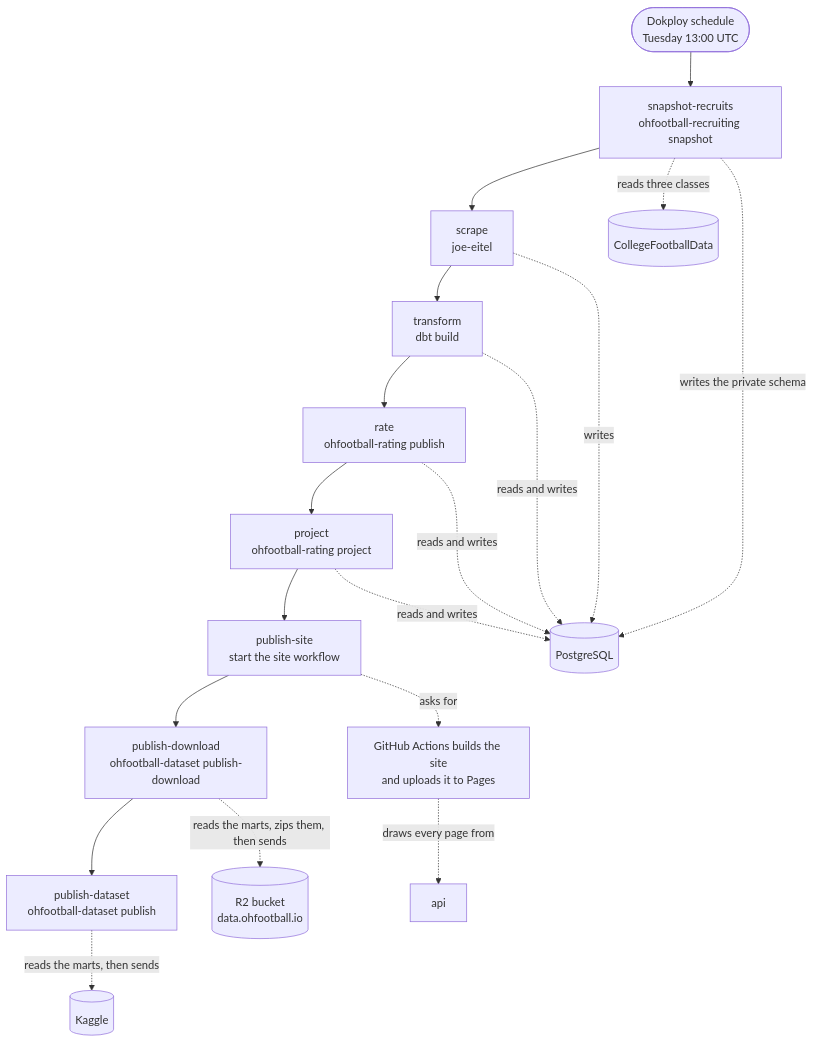
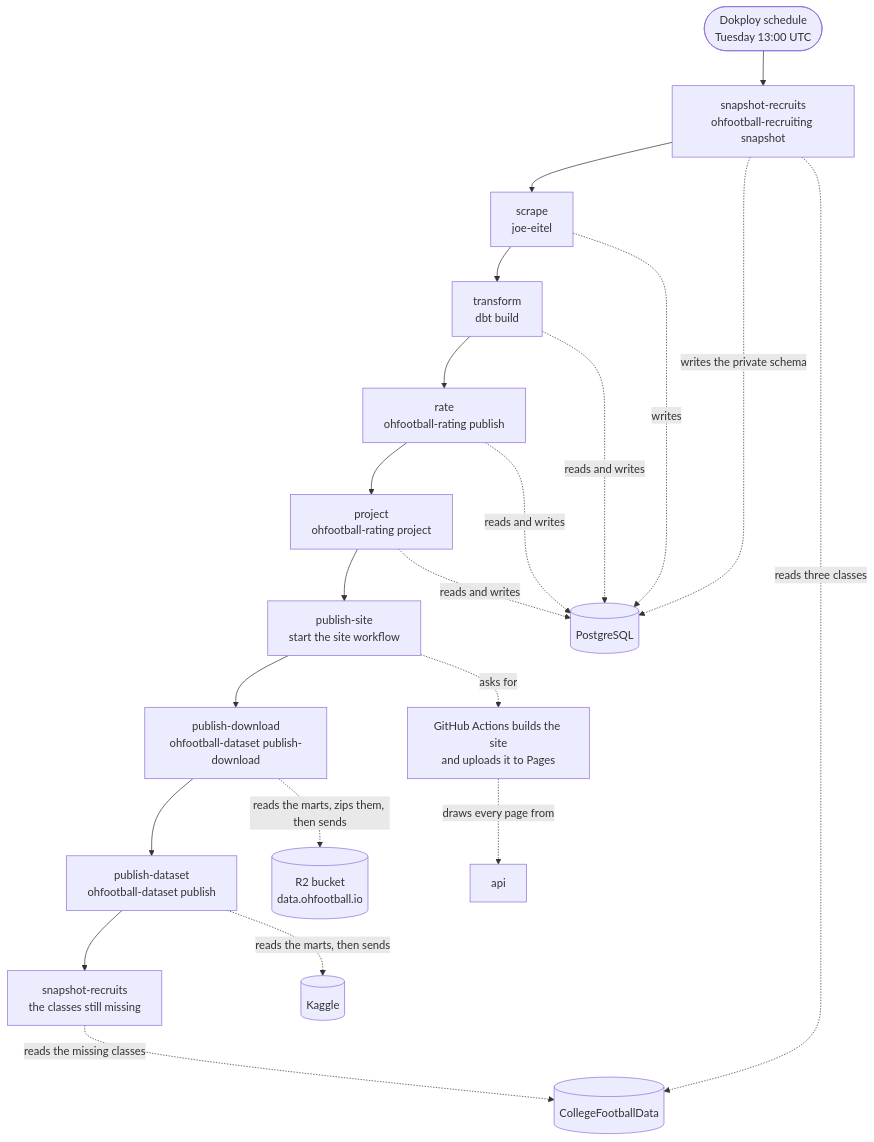
Before and after one commit to StephenODea54/ohfootball.io: the third of 4 diagrams in docs/architecture.md, drawn with Mermaid. The commit also changed other lines of this file and 10 other files, not shown here.

````diff
--- a/docs/architecture.md
+++ b/docs/architecture.md
@@ -167,29 +167,31 @@
 ```mermaid
 flowchart TD
     cron(["Dokploy schedule<br/>Tuesday 13:00 UTC"]) --> snapshot
 
     snapshot["snapshot-recruits<br/>ohfootball-recruiting snapshot"] --> scrape
     scrape["scrape<br/>joe-eitel"] --> transform["transform<br/>dbt build"]
     transform --> rate["rate<br/>ohfootball-rating publish"]
     rate --> project["project<br/>ohfootball-rating project"]
     project --> site["publish-site<br/>start the site workflow"]
     site --> download["publish-download<br/>ohfootball-dataset publish-download"]
     download --> dataset["publish-dataset<br/>ohfootball-dataset publish"]
+    dataset --> again["snapshot-recruits<br/>the classes still missing"]
 
     warehouse[("PostgreSQL")]
     cfbd[("CollegeFootballData")]
     build["GitHub Actions builds the site<br/>and uploads it to Pages"]
     r2[("R2 bucket<br/>data.ohfootball.io")]
     kaggle[("Kaggle")]
 
     snapshot -. reads three classes .-> cfbd
     snapshot -. writes the private schema .-> warehouse
+    again -. reads the missing classes .-> cfbd
     scrape -. writes .-> warehouse
     transform -. reads and writes .-> warehouse
     rate -. reads and writes .-> warehouse
     project -. reads and writes .-> warehouse
     site -. asks for .-> build
     build -. draws every page from .-> api["api"]
     download -. reads the marts, zips them, then sends .-> r2
     dataset -. reads the marts, then sends .-> kaggle
 ```
````
